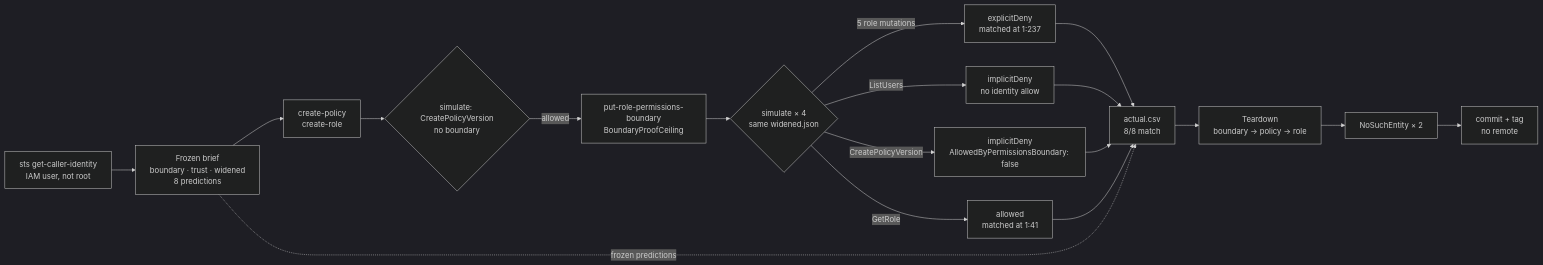
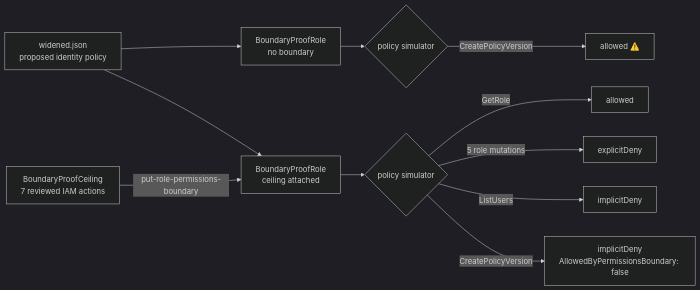
One commit to kingswanzy2020/Projects changed the diagram in aws/iam-boundary-proof/README.md. Above: the diagram before and after it, drawn with Mermaid (dark theme). The commit also changed other lines of this file and 2 other files, not shown here.

First line of the commit message:
Reframe IAM boundary write-up around the role ceiling

````diff
--- a/aws/iam-boundary-proof/README.md
+++ b/aws/iam-boundary-proof/README.md
@@ -28,17 +28,14 @@
 ```mermaid
 flowchart LR
-    ID[sts get-caller-identity<br/>IAM user, not root] --> F[Frozen brief<br/>boundary · trust · widened<br/>8 predictions]
-    F --> B[create-policy<br/>create-role]
-    B --> S0{"simulate: CreatePolicyVersion<br/>no boundary"}
-    S0 -->|allowed| PB[put-role-permissions-boundary<br/>BoundaryProofCeiling]
-    PB --> S1{"simulate × 4<br/>same widened.json"}
-    S1 -->|5 role mutations| ED[explicitDeny<br/>matched at 1:237]
-    S1 -->|ListUsers| ID2[implicitDeny<br/>no identity allow]
+    W[widened.json<br/>proposed identity policy] --> R0[BoundaryProofRole<br/>no boundary]
+    R0 --> S0{policy simulator}
+    S0 -->|CreatePolicyVersion| A0[allowed ⚠️]
+
+    CE[BoundaryProofCeiling<br/>7 reviewed IAM actions] -->|put-role-permissions-boundary| R1[BoundaryProofRole<br/>ceiling attached]
+    W --> R1
+    R1 --> S1{policy simulator}
+    S1 -->|GetRole| G[allowed]
+    S1 -->|5 role mutations| ED[explicitDeny]
+    S1 -->|ListUsers| LU[implicitDeny]
     S1 -->|CreatePolicyVersion| BD["implicitDeny<br/>AllowedByPermissionsBoundary: false"]
-    S1 -->|GetRole| AL[allowed<br/>matched at 1:41]
-    ED & ID2 & BD & AL --> SC[actual.csv<br/>8/8 match]
-    F -.->|frozen predictions| SC
-    SC --> TD[Teardown<br/>boundary → policy → role]
-    TD --> NS[NoSuchEntity × 2]
-    NS --> G[commit + tag<br/>no remote]
 ```
````
